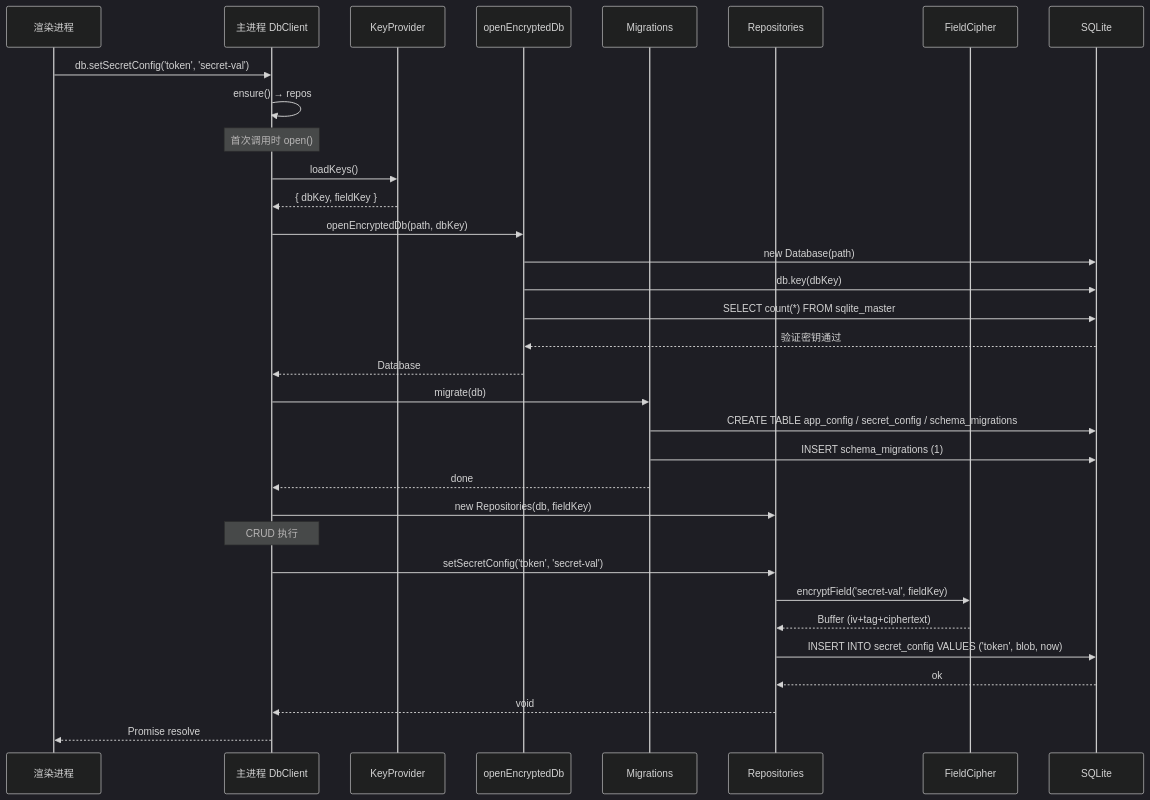
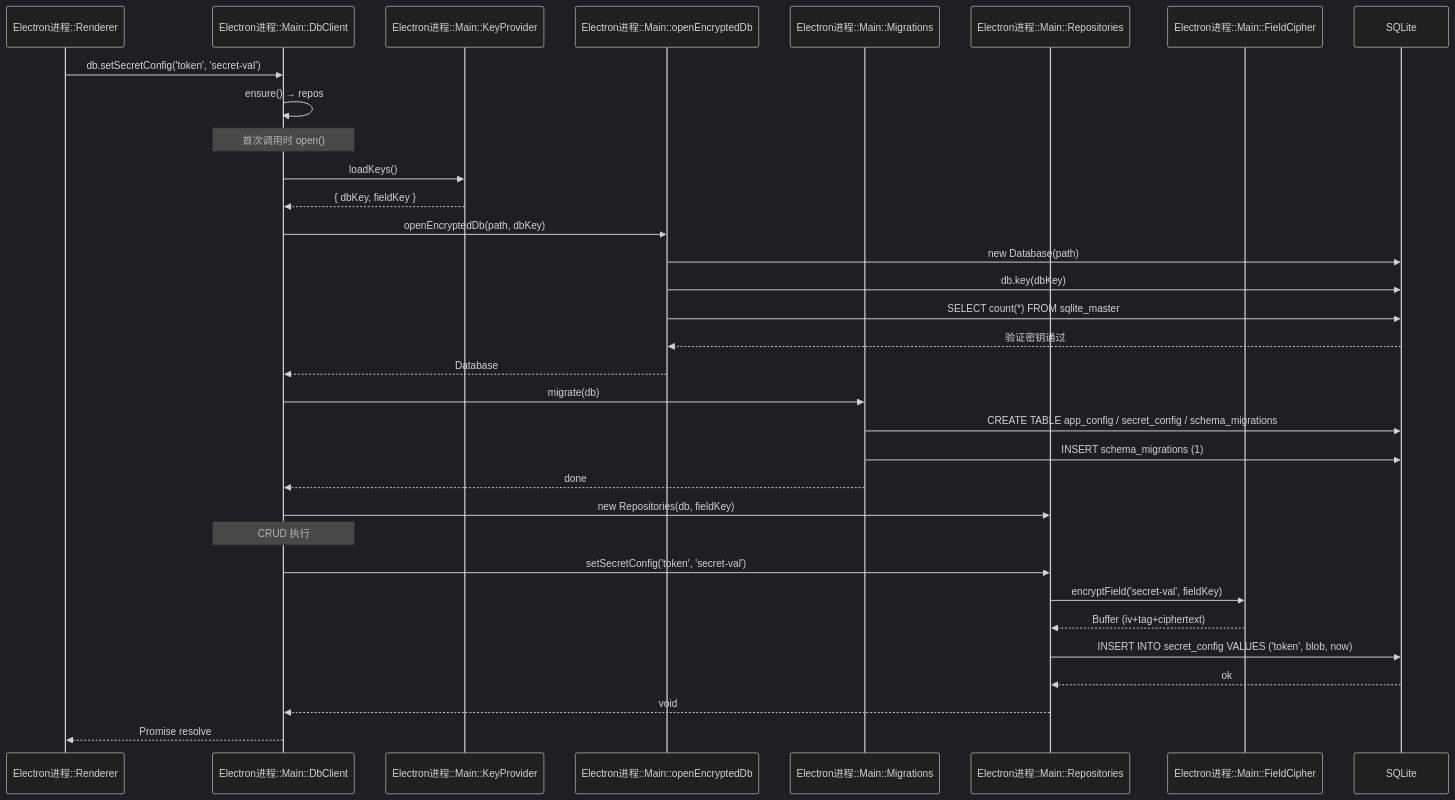
The sixth of 12 diagrams in docs/architecture-diagrams.md (lupnfer/vue_with_csdk), drawn with Mermaid (dark theme) before and after one commit. The commit also changed other lines of this file, not shown here.

Commit message:
docs: 统一时序图 participant 命名为 Electron进程::模块 格式

````diff
--- a/docs/architecture-diagrams.md
+++ b/docs/architecture-diagrams.md
@@ -313,40 +313,40 @@
 ```mermaid
 sequenceDiagram
-    participant R as 渲染进程
-    participant M as 主进程 DbClient
-    participant K as KeyProvider
-    participant D as openEncryptedDb
-    participant Mig as Migrations
-    participant Repo as Repositories
-    participant FC as FieldCipher
+    participant R as Electron进程::Renderer
+    participant M as Electron进程::Main::DbClient
+    participant K as Electron进程::Main::KeyProvider
+    participant D as Electron进程::Main::openEncryptedDb
+    participant Mig as Electron进程::Main::Migrations
+    participant Repo as Electron进程::Main::Repositories
+    participant FC as Electron进程::Main::FieldCipher
     participant DB as SQLite
 
     R->>M: db.setSecretConfig('token', 'secret-val')
     M->>M: ensure() → repos
 
     Note over M: 首次调用时 open()
     M->>K: loadKeys()
     K-->>M: { dbKey, fieldKey }
     M->>D: openEncryptedDb(path, dbKey)
     D->>DB: new Database(path)
     D->>DB: db.key(dbKey)
     D->>DB: SELECT count(*) FROM sqlite_master
     DB-->>D: 验证密钥通过
     D-->>M: Database
 
     M->>Mig: migrate(db)
     Mig->>DB: CREATE TABLE app_config / secret_config / schema_migrations
     Mig->>DB: INSERT schema_migrations (1)
     Mig-->>M: done
 
     M->>Repo: new Repositories(db, fieldKey)
 
     Note over M: CRUD 执行
     M->>Repo: setSecretConfig('token', 'secret-val')
     Repo->>FC: encryptField('secret-val', fieldKey)
     FC-->>Repo: Buffer (iv+tag+ciphertext)
     Repo->>DB: INSERT INTO secret_config VALUES ('token', blob, now)
     DB-->>Repo: ok
     Repo-->>M: void
     M-->>R: Promise resolve
 ```
````
